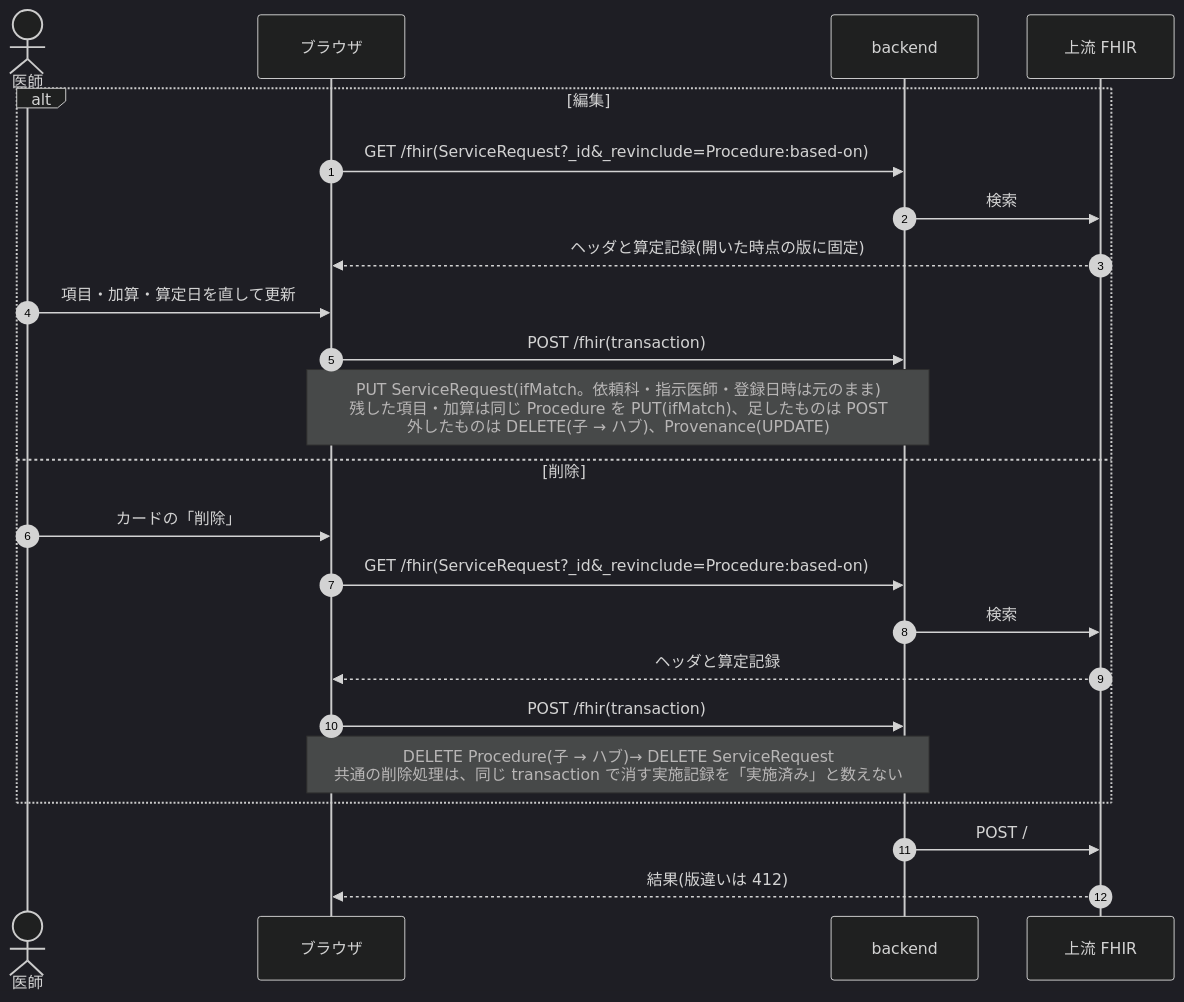
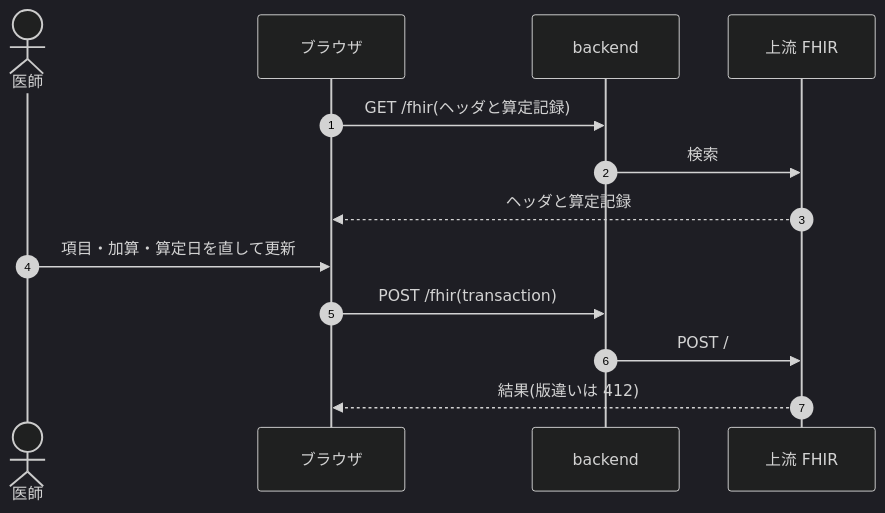
One commit to ysnr-dev/fhir-client-docs changed the second of 4 diagrams in docs/dev/medical-management.md. Above: the diagram before and after it, drawn with Mermaid (dark theme). The commit also changed other lines of this file and 43 other files, not shown here.

Commit message:
docs: 業務フローとシーケンス図を写し直し

````diff
--- a/docs/dev/medical-management.md
+++ b/docs/dev/medical-management.md
@@ -83,26 +142,16 @@
 ```mermaid
 sequenceDiagram
   autonumber
   actor Dr as 医師
   participant UI as ブラウザ
   participant BE as backend
   participant FHIR as 上流 FHIR
 
-  alt 編集
-    UI->>BE: GET /fhir(ServiceRequest?_id&_revinclude=Procedure:based-on)
-    BE->>FHIR: 検索
-    FHIR-->>UI: ヘッダと算定記録(開いた時点の版に固定)
-    Dr->>UI: 項目・加算・算定日を直して更新
-    UI->>BE: POST /fhir(transaction)
-    Note over UI,BE: PUT ServiceRequest(ifMatch。依頼科・指示医師・登録日時は元のまま)<br/>残した項目・加算は同じ Procedure を PUT(ifMatch)、足したものは POST<br/>外したものは DELETE(子 → ハブ)、Provenance(UPDATE)
-  else 削除
-    Dr->>UI: カードの「削除」
-    UI->>BE: GET /fhir(ServiceRequest?_id&_revinclude=Procedure:based-on)
-    BE->>FHIR: 検索
-    FHIR-->>UI: ヘッダと算定記録
-    UI->>BE: POST /fhir(transaction)
-    Note over UI,BE: DELETE Procedure(子 → ハブ)→ DELETE ServiceRequest<br/>共通の削除処理は、同じ transaction で消す実施記録を「実施済み」と数えない
-  end
+  UI->>BE: GET /fhir(ヘッダと算定記録)
+  BE->>FHIR: 検索
+  FHIR-->>UI: ヘッダと算定記録
+  Dr->>UI: 項目・加算・算定日を直して更新
+  UI->>BE: POST /fhir(transaction)
   BE->>FHIR: POST /
   FHIR-->>UI: 結果(版違いは 412)
 ```
````
